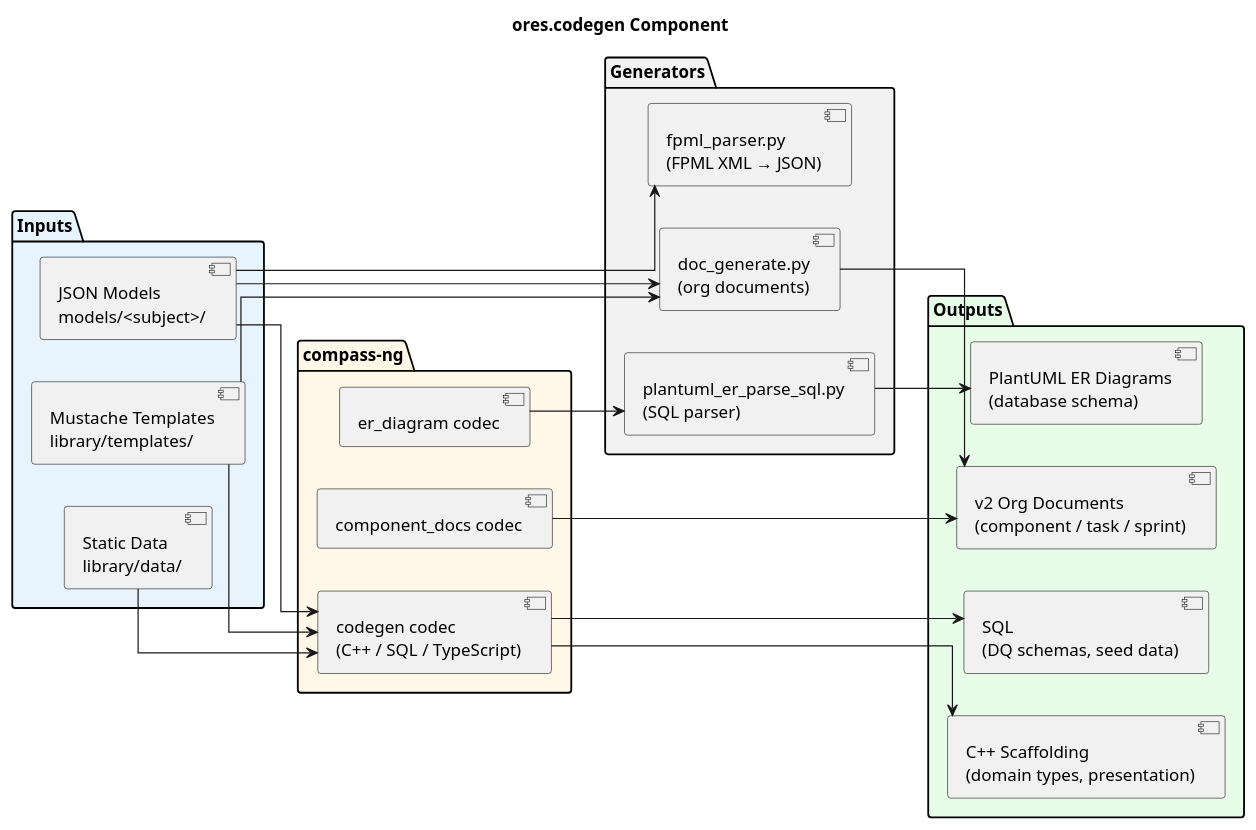
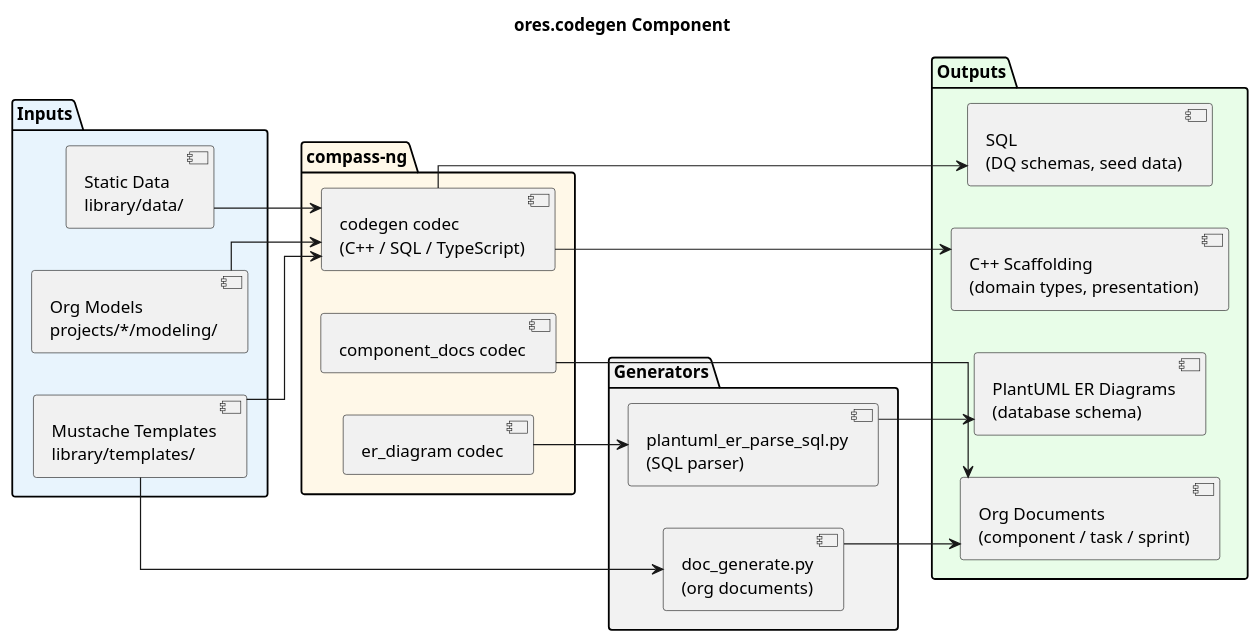
The diagram in projects/ores.codegen/modeling/ores.codegen.puml (OreStudio/OreStudio), drawn with PlantUML before and after one commit. The commit also changed 7 other files, not shown here.

```diff
--- a/projects/ores.codegen/modeling/ores.codegen.puml
+++ b/projects/ores.codegen/modeling/ores.codegen.puml
@@ -18,55 +18,51 @@
 @startuml
 
 title ores.codegen Component
 
 skinparam linetype ortho
 left to right direction
 
 package "Inputs" #E8F4FD {
-    [JSON Models\nmodels/<subject>/] as models
+    [Org Models\nprojects/*/modeling/] as orgmodels
     [Mustache Templates\nlibrary/templates/] as templates
     [Static Data\nlibrary/data/] as data
 }
 
 package "Generators" #F2F2F2 {
     [doc_generate.py\n(org documents)] as docgen
-    [fpml_parser.py\n(FPML XML → JSON)] as fpml
     [plantuml_er_parse_sql.py\n(SQL parser)] as ergen
 }
 
 package "compass-ng" #FFF8E8 {
     [codegen codec\n(C++ / SQL / TypeScript)] as gen
     [er_diagram codec] as ersh
     [component_docs codec] as valsh
 }
 
 package "Outputs" #E8FDE8 {
     [SQL\n(DQ schemas, seed data)] as sql
     [C++ Scaffolding\n(domain types, presentation)] as cpp
-    [v2 Org Documents\n(component / task / sprint)] as orgdocs
+    [Org Documents\n(component / task / sprint)] as orgdocs
     [PlantUML ER Diagrams\n(database schema)] as erdiag
 }
 
 ersh --> ergen
 valsh --> orgdocs
 
-models --> gen
+orgmodels --> gen
 templates --> gen
 data --> gen
 
-models --> docgen
 templates --> docgen
-
-models --> fpml
 
 gen --> sql
 gen --> cpp
 
 docgen --> orgdocs
 
 ergen --> erdiag
 
 ' Local Variables:
 ' compile-command: "java -Djava.awt.headless=true -DPLANTUML_SECURITY_PROFILE=UNSECURE -DPLANTUML_LIMIT_SIZE=65535 -jar /usr/share/plantuml/plantuml.jar ores.codegen.puml"
 ' End:
 @enduml
```
